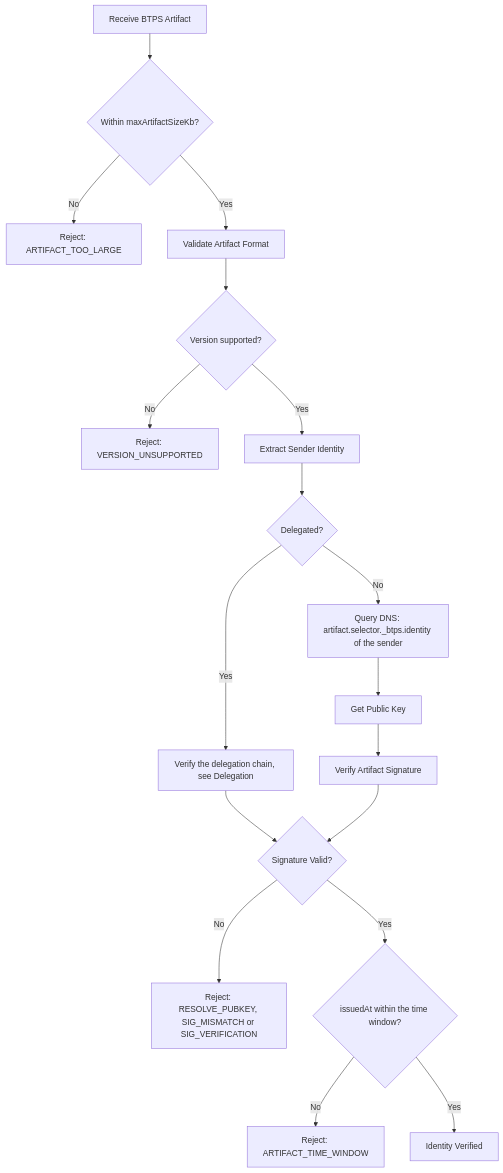
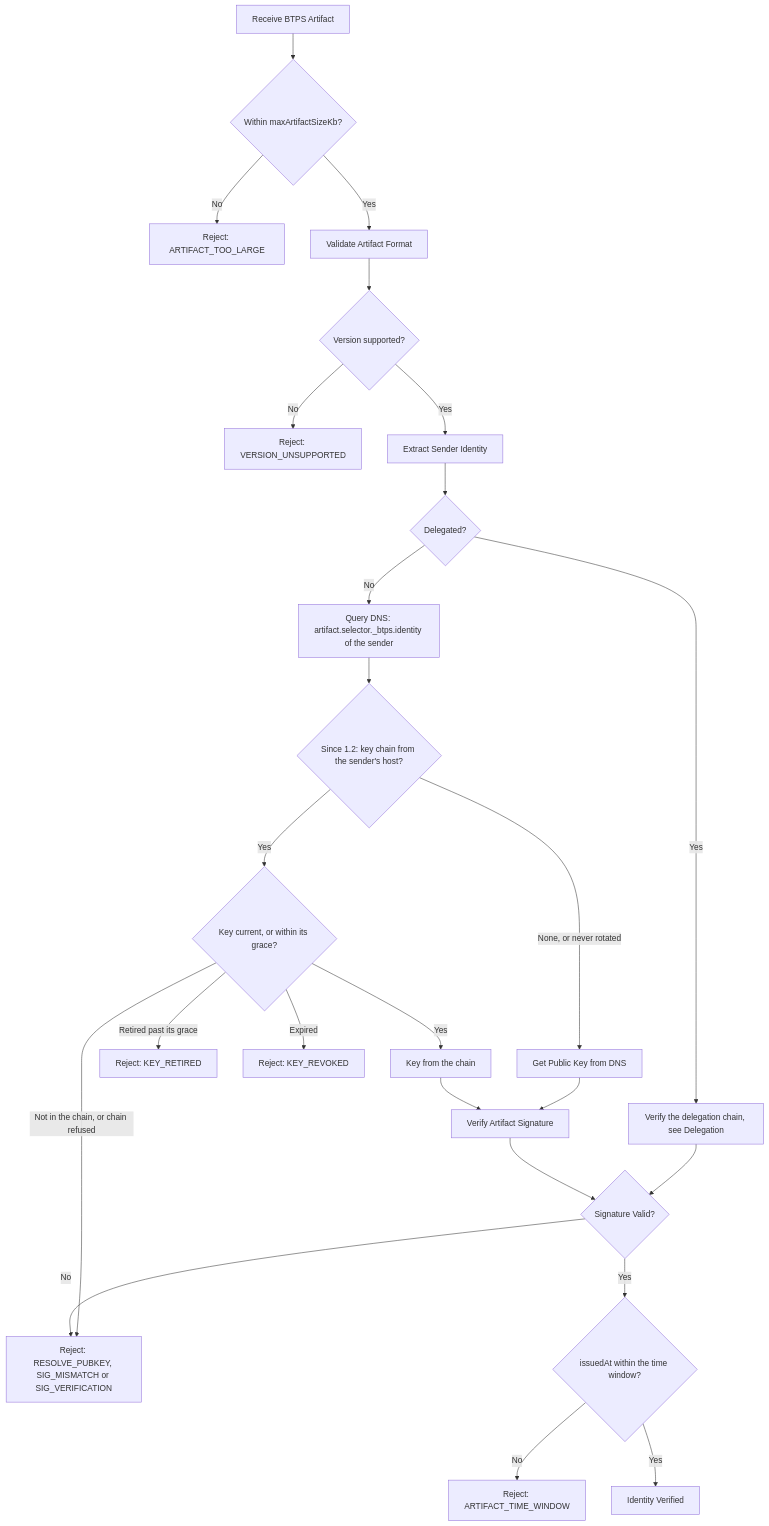
One commit to openbtps/btps-node changed the fifth of 7 diagrams in docs/docusaurus/docs/protocol/messageFlow.md. Above: the diagram before and after it, drawn with Mermaid. The commit also changed other lines of this file and 32 other files, not shown here.

````diff
--- a/docs/docusaurus/docs/protocol/messageFlow.md
+++ b/docs/docusaurus/docs/protocol/messageFlow.md
@@ -263,20 +272,27 @@
 ```mermaid
 graph TD
     A[Receive BTPS Artifact] --> A2{Within maxArtifactSizeKb?}
     A2 -->|No| X1[Reject: ARTIFACT_TOO_LARGE]
     A2 -->|Yes| B[Validate Artifact Format]
     B --> B2{Version supported?}
     B2 -->|No| X2[Reject: VERSION_UNSUPPORTED]
     B2 -->|Yes| C[Extract Sender Identity]
     C --> C2{Delegated?}
     C2 -->|Yes| C3[Verify the delegation chain, see Delegation]
     C2 -->|No| D["Query DNS: artifact.selector._btps.identity of the sender"]
-    D --> E[Get Public Key]
+    D --> K{"Since 1.2: key chain from the sender's host?"}
+    K -->|None, or never rotated| E[Get Public Key from DNS]
+    K -->|Yes| KC{Key current, or within its grace?}
+    KC -->|Retired past its grace| X4[Reject: KEY_RETIRED]
+    KC -->|Expired| X5[Reject: KEY_REVOKED]
+    KC -->|Not in the chain, or chain refused| I
+    KC -->|Yes| E2[Key from the chain]
     E --> F[Verify Artifact Signature]
+    E2 --> F
     C3 --> G
     F --> G{Signature Valid?}
     G -->|No| I[Reject: RESOLVE_PUBKEY, SIG_MISMATCH or SIG_VERIFICATION]
     G -->|Yes| W{issuedAt within the time window?}
     W -->|No| X3[Reject: ARTIFACT_TIME_WINDOW]
     W -->|Yes| H[Identity Verified]
 ```
````
